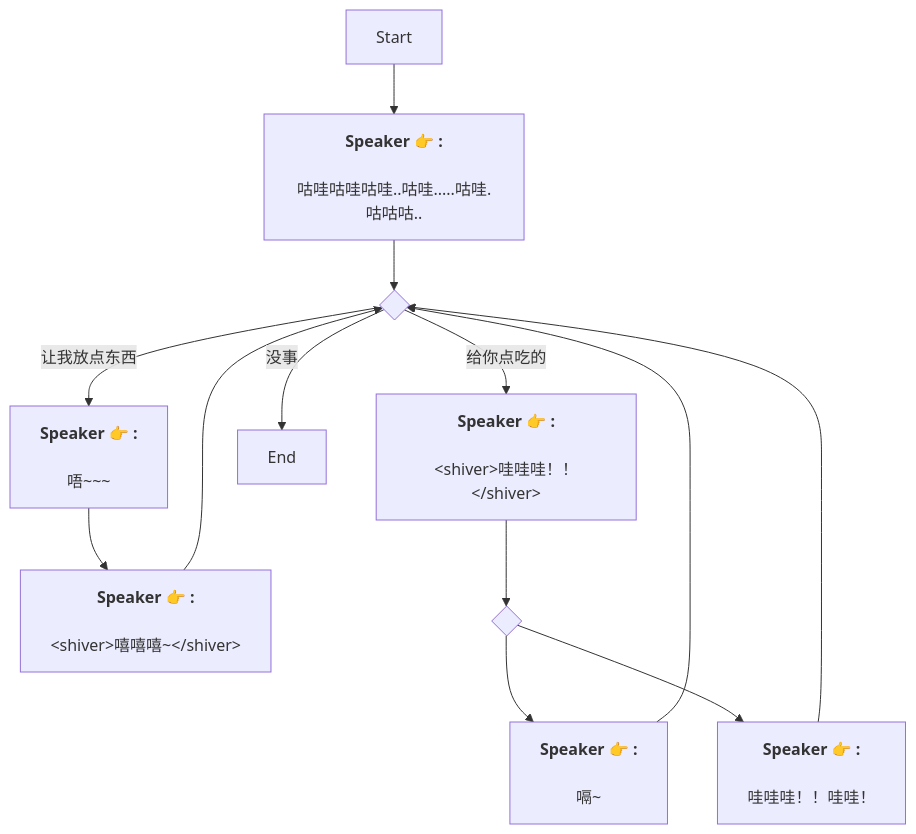
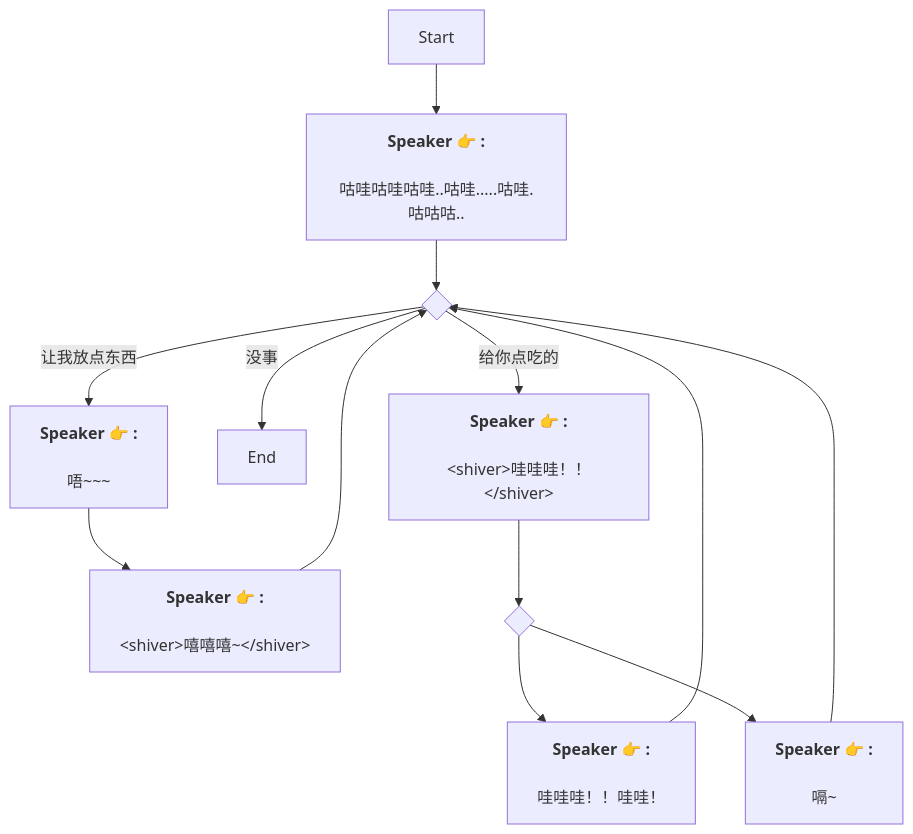
One commit to SoftHu/tos_avg changed the diagram in Zh/StorageYokai.md. Above: the diagram before and after it, drawn with Mermaid. The commit also changed other lines of this file and 780 other files, not shown here.

````diff
--- a/Zh/StorageYokai.md
+++ b/Zh/StorageYokai.md
@@ -1,22 +1,22 @@
 ```mermaid
 graph
 Start -->1752084604837205[<b>Speaker 👉 :</b>
 \n咕哇咕哇咕哇..咕哇.....咕哇.咕咕咕..]
 1752084604837205 -->438021151209301{ }
 1752084710409563 -->1752084894755167[<b>Speaker 👉 :</b>
 \n&lt;shiver&gt;嘻嘻嘻~&lt;/shiver&gt;]
+438021151209301 -->|没事|1752084951119202[End]
+438021151209301 -->|给你点吃的|1752084779787612[<b>Speaker 👉 :</b>
+\n&lt;shiver&gt;哇哇哇！！&lt;/shiver&gt;]
 438021151209301 -->|让我放点东西|1752084710409563[<b>Speaker 👉 :</b>
 \n唔~~~]
-438021151209301 -->|给你点吃的|1752084779787612[<b>Speaker 👉 :</b>
-\n&lt;shiver&gt;哇哇哇！！&lt;/shiver&gt;]
-438021151209301 -->|没事|1752084951119202[End]
 1752084894755167 -->438021151209301{ }
 1752084779787612 -->1752153236225377{ }
+1752153236225377 -->1752153314952546[<b>Speaker 👉 :</b>
+\n哇哇哇！！哇哇！]
 1752153236225377 -->1752084858577246[<b>Speaker 👉 :</b>
 \n嗝~]
-1752153236225377 -->1752153314952546[<b>Speaker 👉 :</b>
-\n哇哇哇！！哇哇！]
 1752084858577246 -->438021151209301{ }
 1752153314952546 -->438021151209301{ }
 
 ```
````
